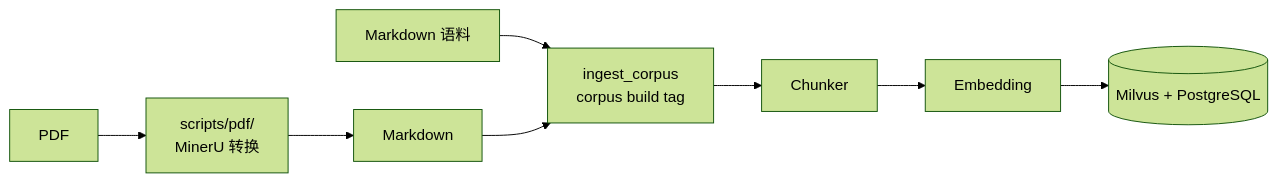
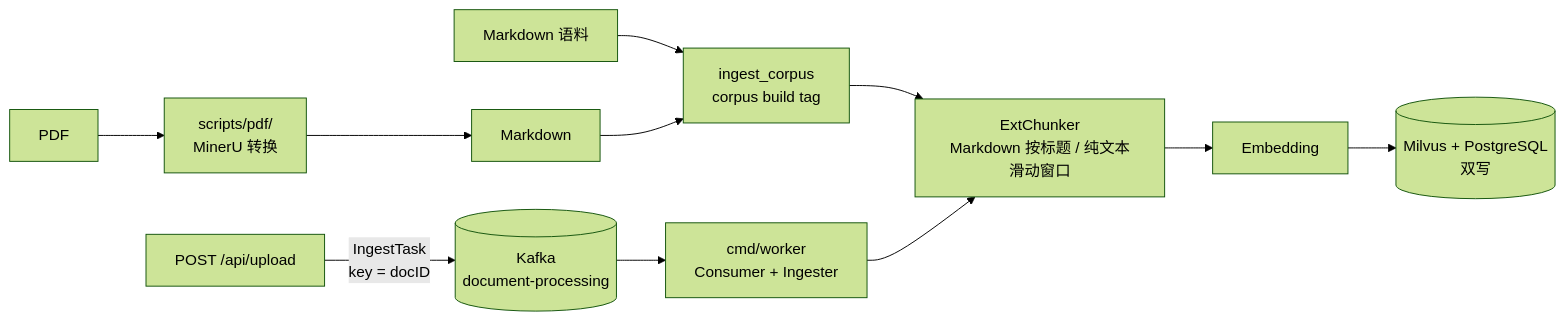
Before and after one commit to yurin-kami/KahoAgent: the second of 2 diagrams in README.md, drawn with Mermaid (forest theme). The commit also changed other lines of this file and 82 other files, not shown here.

````diff
--- a/README.md
+++ b/README.md
@@ -56,6 +58,11 @@
 ```mermaid
 flowchart LR
+    UP["POST /api/upload"] -->|"IngestTask<br/>key = docID"| K[("Kafka<br/>document-processing")]
+    K --> WK["cmd/worker<br/>Consumer + Ingester"]
     MD["Markdown 语料"] --> ING["ingest_corpus<br/>corpus build tag"]
     PDF["PDF"] --> MU["scripts/pdf/<br/>MinerU 转换"] --> MD2["Markdown"] --> ING
-    ING --> CH["Chunker"] --> EMBED["Embedding"] --> STORE[("Milvus + PostgreSQL")]
+    ING --> CH
+    WK --> CH["ExtChunker<br/>Markdown 按标题 / 纯文本滑动窗口"]
+    CH --> EMBED["Embedding"]
+    EMBED --> STORE[("Milvus + PostgreSQL<br/>双写")]
 ```
````
